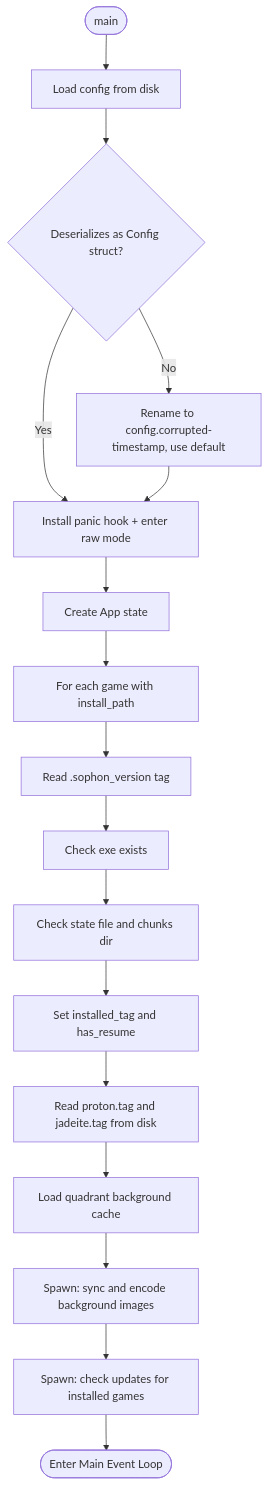
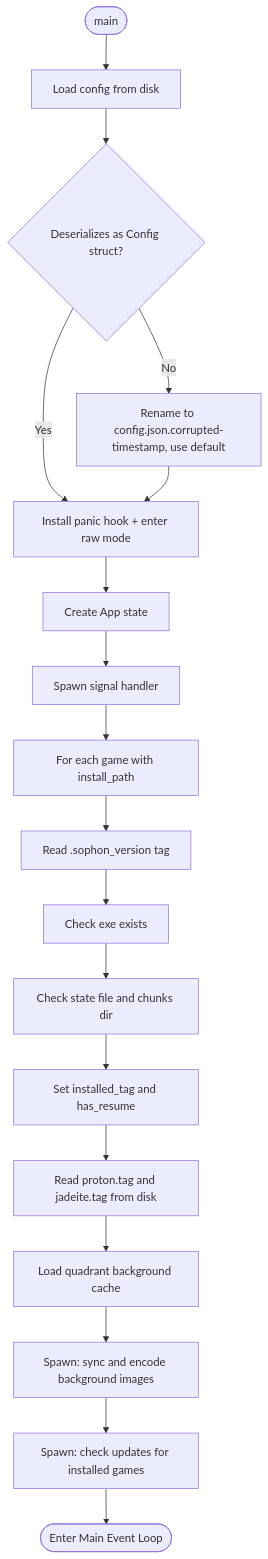
Before and after one commit to ChakornK/elysiae-tui: the third of 21 diagrams in UX.md, drawn with Mermaid. The commit also changed other lines of this file and 1 other file, not shown here.

````diff
--- a/UX.md
+++ b/UX.md
@@ -63,19 +63,20 @@
 ```mermaid
 flowchart TD
     Start([main]) --> LoadConfig[Load config from disk]
     LoadConfig --> Corrupt{Deserializes as Config struct?}
-    Corrupt -->|No| Preserve[Rename to config.corrupted-timestamp, use default]
+    Corrupt -->|No| Preserve[Rename to config.json.corrupted-timestamp, use default]
     Corrupt -->|Yes| InitTerm
     Preserve --> InitTerm[Install panic hook + enter raw mode]
-    InitTerm --> InitApp[Create App state]
-    InitApp --> ScanGames[For each game with install_path]
+    InitTerm -->     InitApp[Create App state]
+    InitApp --> SpawnSignal[Spawn signal handler]
+    SpawnSignal --> ScanGames[For each game with install_path]
     ScanGames --> ReadTag[Read .sophon_version tag]
     ReadTag --> CheckExe[Check exe exists]
     CheckExe --> CheckState[Check state file and chunks dir]
     CheckState --> DeriveState[Set installed_tag and has_resume]
     DeriveState --> SyncComponents[Read proton.tag and jadeite.tag from disk]
     SyncComponents --> LoadCache[Load quadrant background cache]
     LoadCache --> SpawnBG[Spawn: sync and encode background images]
     SpawnBG --> SpawnUpdate[Spawn: check updates for installed games]
     SpawnUpdate --> EnterLoop([Enter Main Event Loop])
 ```
````
